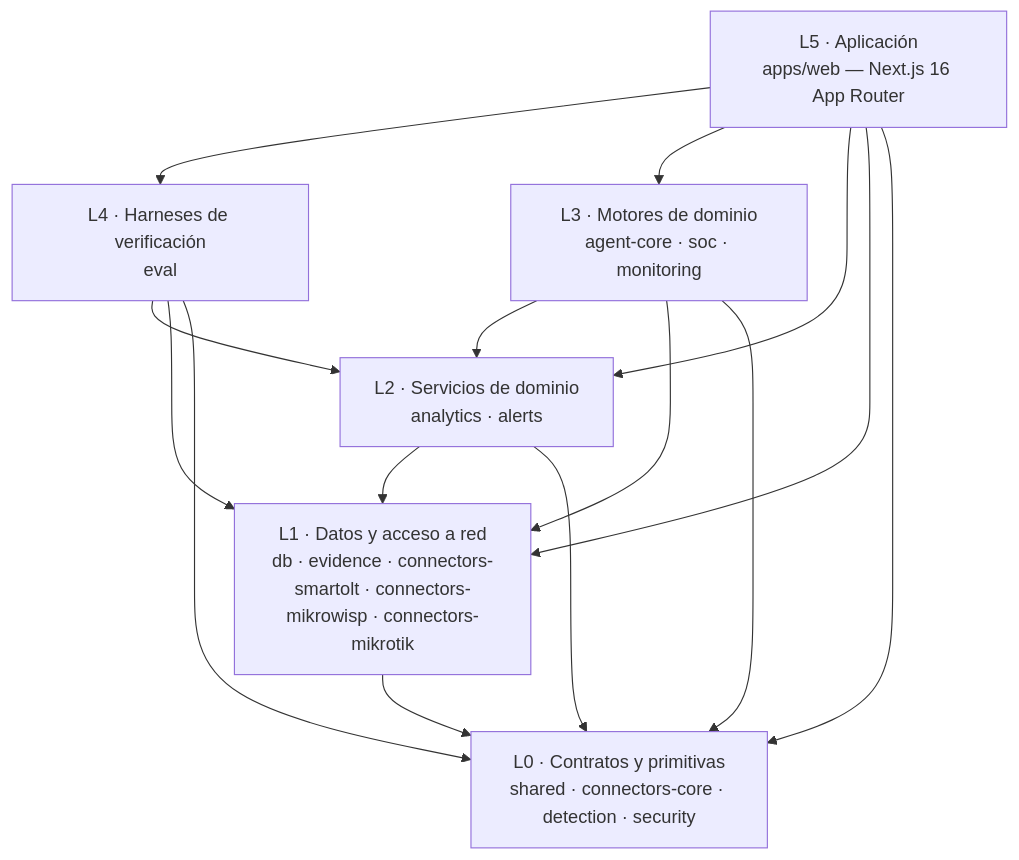
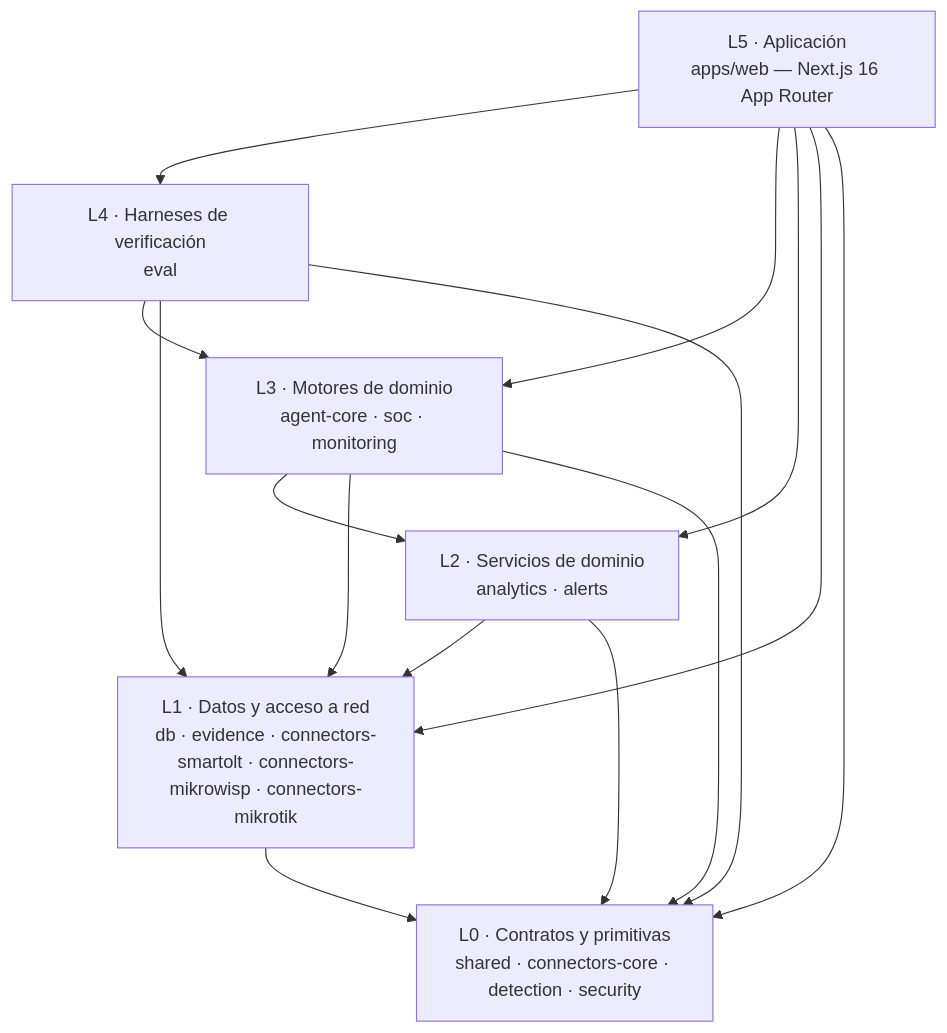
One commit to Rene-Kuhm/FTTH-Copilot changed the first of 3 diagrams in ARCHITECTURE.md. Above: the diagram before and after it, drawn with Mermaid. The commit also changed other lines of this file, not shown here.

Commit message:
swarm: review fixes — Issue 305: docs(repo): fundamentos README, ARCHITECTURE, AGENTS/CLAUDE, CONTRIBU

````diff
--- a/ARCHITECTURE.md
+++ b/ARCHITECTURE.md
@@ -26,24 +26,24 @@
 ```mermaid
 flowchart TD
     L5["L5 · Aplicación<br/>apps/web — Next.js 16 App Router"]
     L4["L4 · Harneses de verificación<br/>eval"]
     L3["L3 · Motores de dominio<br/>agent-core · soc · monitoring"]
     L2["L2 · Servicios de dominio<br/>analytics · alerts"]
     L1["L1 · Datos y acceso a red<br/>db · evidence · connectors-smartolt · connectors-mikrowisp · connectors-mikrotik"]
     L0["L0 · Contratos y primitivas<br/>shared · connectors-core · detection · security"]
 
     L5 --> L4
     L5 --> L3
     L5 --> L2
     L5 --> L1
     L5 --> L0
-    L4 --> L2
+    L4 --> L3
     L4 --> L1
     L4 --> L0
     L3 --> L2
     L3 --> L1
     L3 --> L0
     L2 --> L1
     L2 --> L0
     L1 --> L0
 ```
````
